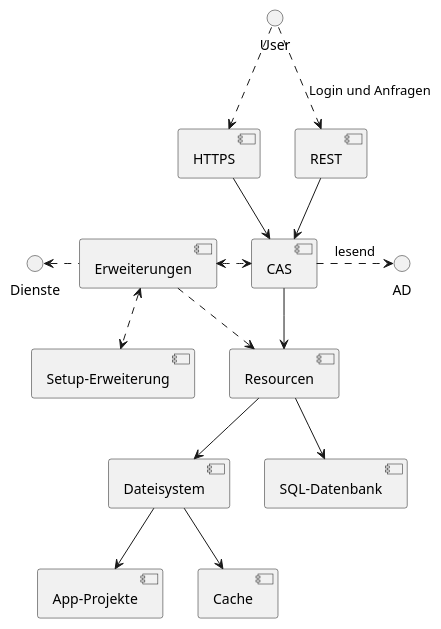
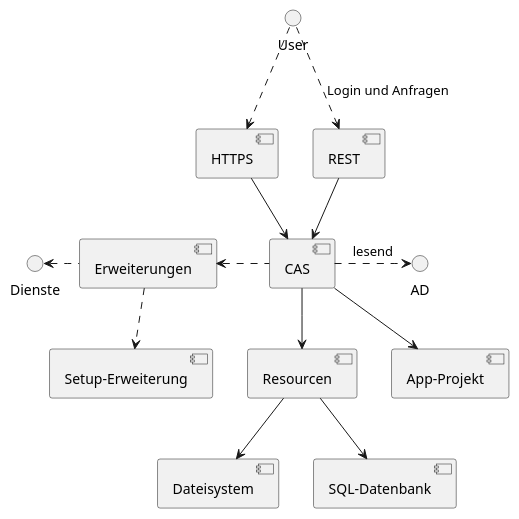
One commit to minova-afis/aero.minova.cas changed the diagram in doc/adoc/structure.adoc. Above: the diagram before and after it, drawn with PlantUML. The commit also changed other lines of this file, not shown here.

```diff
--- a/doc/adoc/structure.adoc
+++ b/doc/adoc/structure.adoc
@@ -7,19 +7,17 @@
 [plantuml, format="svg"]
 ....
 @startuml
 User ..> [HTTPS]
 User ..> [REST]: Login und Anfragen
 [HTTPS] --> [CAS]
 [REST] --> [CAS]
 [CAS] .right.> AD: lesend
 [CAS] --> [Resourcen]
+[CAS] --> [App-Projekt]
 [Resourcen] --> [Dateisystem]
-[Dateisystem] --> [App-Projekte]
-[Dateisystem] --> [Cache]
 [Resourcen] --> [SQL-Datenbank]
-[CAS] <.left.> [Erweiterungen]
-[Erweiterungen] <.down.> [Setup-Erweiterung]
+[CAS] .left.> [Erweiterungen]
+[Erweiterungen] .down.> [Setup-Erweiterung]
 [Erweiterungen] .left.> Dienste
-[Erweiterungen] ..> [Resourcen]
 @enduml
 ....
```
